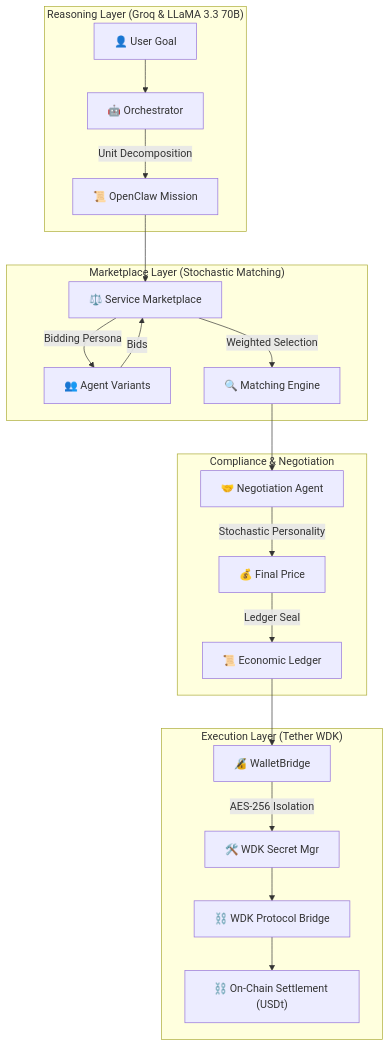
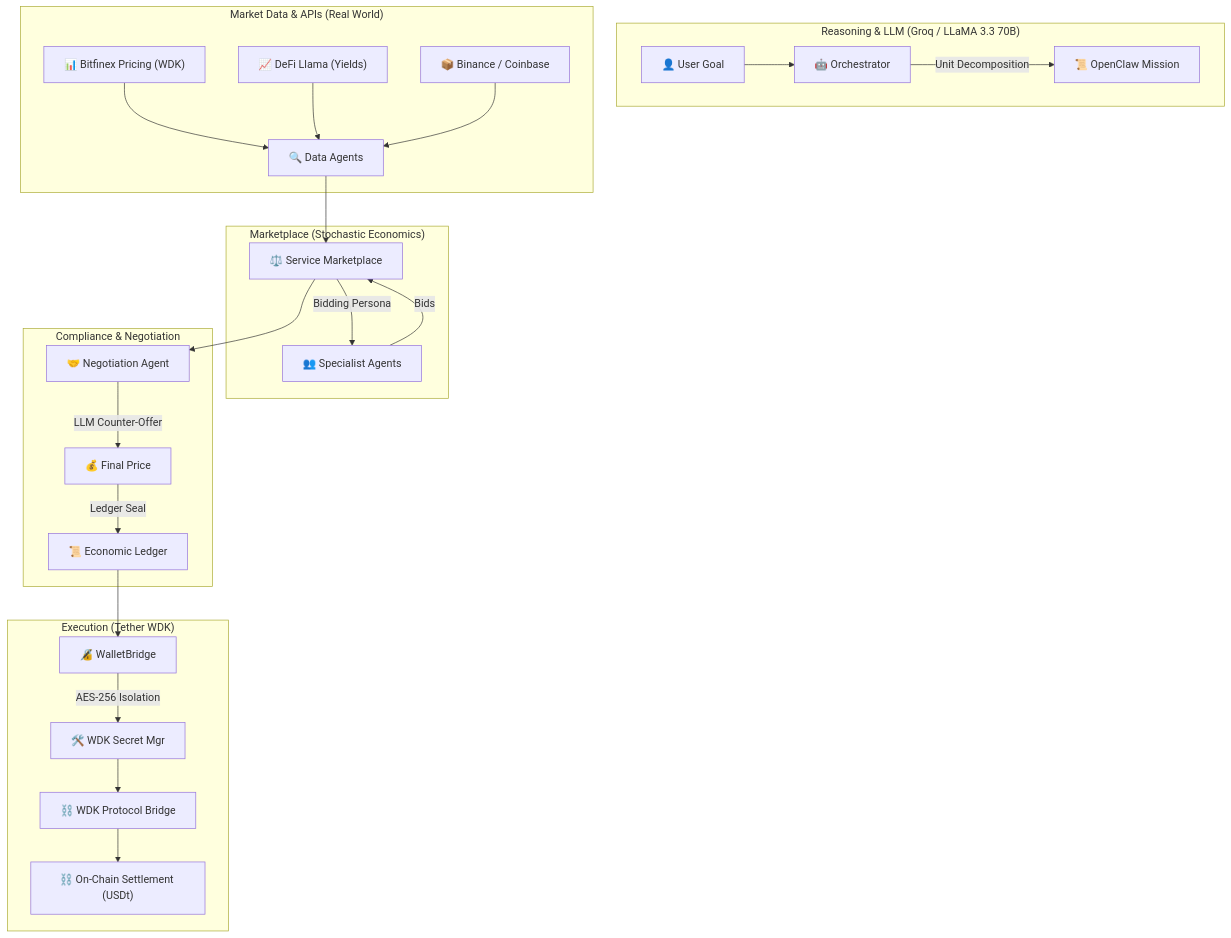
The diagram in README.md (nevan-sonic/nevorax), drawn with Mermaid before and after one commit. The commit also changed other lines of this file, not shown here.

Commit message:
Ultimate Flagship expansion - Real APIs, OpenClaw Compliance, and LLM Reasoning Detail

````diff
--- a/README.md
+++ b/README.md
@@ -16,27 +16,32 @@
 ```mermaid
 graph TD
-    subgraph "Reasoning Layer (Groq & LLaMA 3.3 70B)"
+    subgraph "Reasoning & LLM (Groq / LLaMA 3.3 70B)"
         A["👤 User Goal"] --> B["🤖 Orchestrator"]
         B -->|Unit Decomposition| C["📜 OpenClaw Mission"]
     end
 
-    subgraph "Marketplace Layer (Stochastic Matching)"
-        C --> D["⚖️ Service Marketplace"]
-        D -->|Bidding Persona| E["👥 Agent Variants"]
-        E -->|Bids| D
-        D -->|Weighted Selection| F["🔍 Matching Engine"]
+    subgraph "Market Data & APIs (Real World)"
+        D["📊 Bitfinex Pricing (WDK)"] --> E["🔍 Data Agents"]
+        F["📈 DeFi Llama (Yields)"] --> E
+        G["📦 Binance / Coinbase"] --> E
+    end
+
+    subgraph "Marketplace (Stochastic Economics)"
+        E --> H["⚖️ Service Marketplace"]
+        H -->|Bidding Persona| I["👥 Specialist Agents"]
+        I -->|Bids| H
     end
 
     subgraph "Compliance & Negotiation"
-        F --> G["🤝 Negotiation Agent"]
-        G -->|Stochastic Personality| H["💰 Final Price"]
-        H -->|Ledger Seal| I["📜 Economic Ledger"]
+        H --> J["🤝 Negotiation Agent"]
+        J -->|LLM Counter-Offer| K["💰 Final Price"]
+        K -->|Ledger Seal| L["📜 Economic Ledger"]
     end
 
-    subgraph "Execution Layer (Tether WDK)"
-        I --> J["🔏 WalletBridge"]
-        J -->|AES-256 Isolation| K["🛠️ WDK Secret Mgr"]
-        K --> L["⛓️ WDK Protocol Bridge"]
-        L --> M["⛓️ On-Chain Settlement (USDt)"]
+    subgraph "Execution (Tether WDK)"
+        L --> M["🔏 WalletBridge"]
+        M -->|AES-256 Isolation| N["🛠️ WDK Secret Mgr"]
+        N --> O["⛓️ WDK Protocol Bridge"]
+        O --> P["⛓️ On-Chain Settlement (USDt)"]
     end
 ```
````
